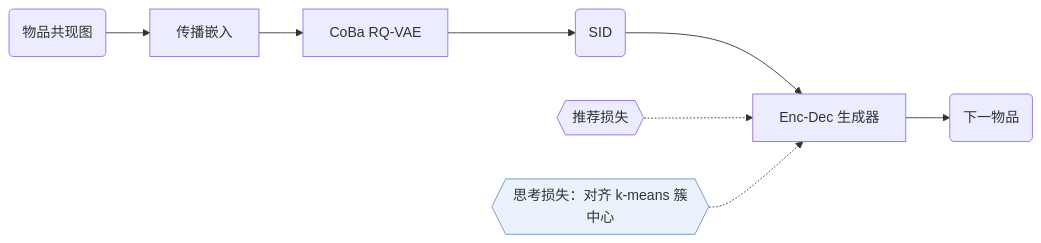
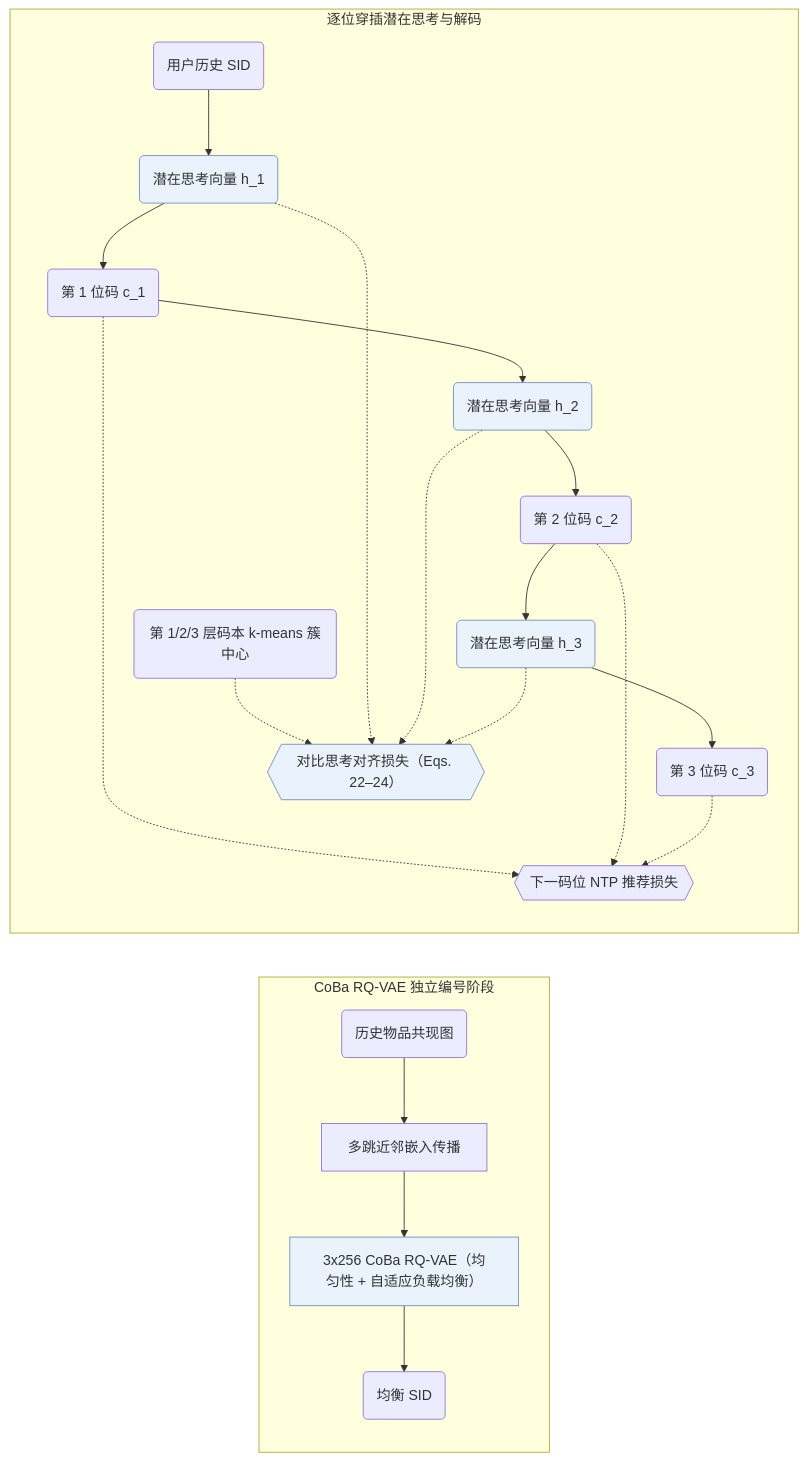
Before and after one commit to Galaxy-ghost/Awesome-SID-Generative-Rec: the diagram in notes/zh/s2gr.md, drawn with Mermaid. The commit also changed other lines of this file and 649 other files, not shown here.

Commit message:
writer-05: also tags and modality index (schema, check, build, visuals); summary field removed; calibration data for 12 papers

````diff
--- a/notes/zh/s2gr.md
+++ b/notes/zh/s2gr.md
@@ -11,11 +12,16 @@
 ```mermaid
 flowchart LR
-    A("物品共现图") --> B["传播嵌入"]
-    B --> C["CoBa RQ-VAE"]
-    C --> D("SID")
-    D --> E["Enc-Dec 生成器"]
-    L1{{"推荐损失"}} -.-> E
-    L2{{"思考损失：对齐 k-means 簇中心"}}:::key -.-> E
-    E --> F("下一物品")
+    subgraph Tok["CoBa RQ-VAE 独立编号阶段"]
+        G("历史物品共现图") --> P["多跳近邻嵌入传播"]
+        P --> Q["3x256 CoBa RQ-VAE（均匀性 + 自适应负载均衡）"]:::key
+        Q --> S("均衡 SID")
+    end
+    subgraph Step["逐位穿插潜在思考与解码"]
+        H("用户历史 SID") --> T1("潜在思考向量 h_1"):::key
+        T1 --> C1("第 1 位码 c_1") --> T2("潜在思考向量 h_2"):::key --> C2("第 2 位码 c_2") --> T3("潜在思考向量 h_3"):::key --> C3("第 3 位码 c_3")
+        K1("第 1/2/3 层码本 k-means 簇中心") -.-> L2{{"对比思考对齐损失（Eqs. 22–24）"}}:::key
+        T1 & T2 & T3 -.-> L2
+        C1 & C2 & C3 -.-> L1{{"下一码位 NTP 推荐损失"}}
+    end
     classDef key fill:#eaf2fb,stroke:#6b8fc7
 ```
````
